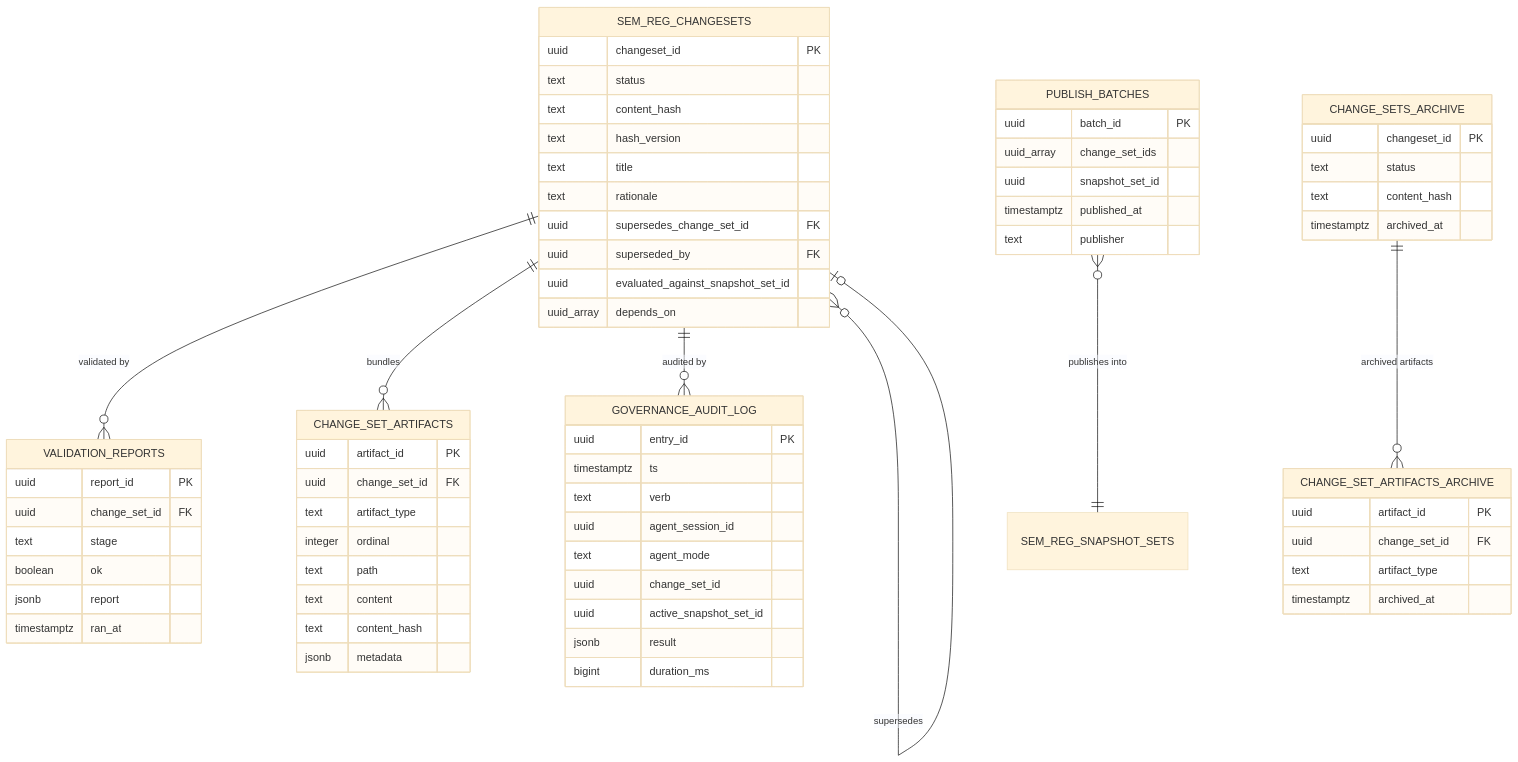
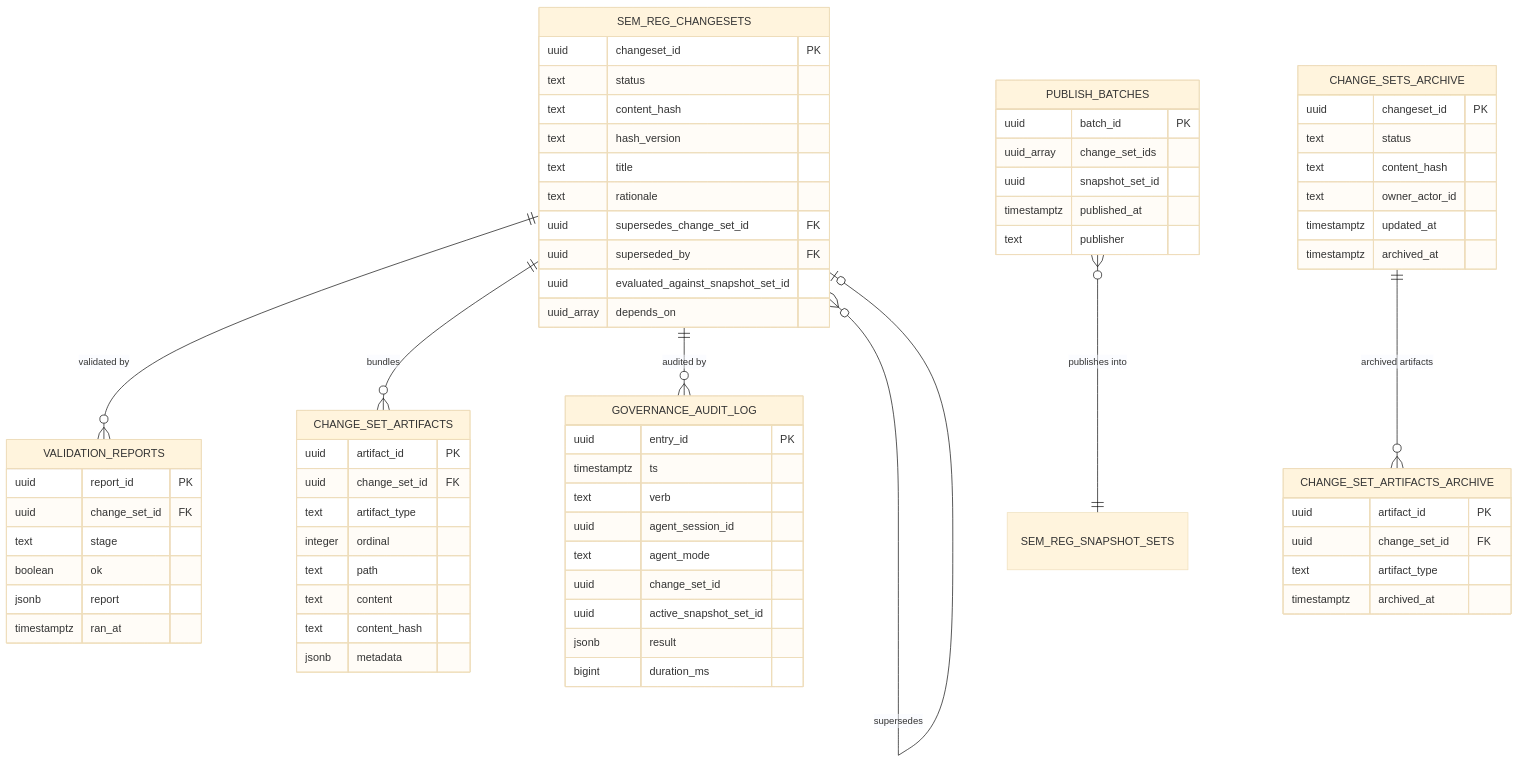
Diagram 16 of 16 in migrations/OB_POC_SCHEMA_ENTITY_OVERVIEW.md (adamtc007/ob-poc), drawn with Mermaid (base theme) before and after one commit. The commit also changed other lines of this file and 17 other files, not shown here.

````diff
--- a/migrations/OB_POC_SCHEMA_ENTITY_OVERVIEW.md
+++ b/migrations/OB_POC_SCHEMA_ENTITY_OVERVIEW.md
@@ -1865,76 +1865,78 @@
 ```mermaid
 erDiagram
     SEM_REG_CHANGESETS ||--o{ VALIDATION_REPORTS : "validated by"
     SEM_REG_CHANGESETS ||--o{ CHANGE_SET_ARTIFACTS : "bundles"
     SEM_REG_CHANGESETS ||--o{ GOVERNANCE_AUDIT_LOG : "audited by"
     SEM_REG_CHANGESETS }o--o| SEM_REG_CHANGESETS : "supersedes"
     PUBLISH_BATCHES }o--|| SEM_REG_SNAPSHOT_SETS : "publishes into"
     CHANGE_SETS_ARCHIVE ||--o{ CHANGE_SET_ARTIFACTS_ARCHIVE : "archived artifacts"
 
     SEM_REG_CHANGESETS {
         uuid changeset_id PK
         text status
         text content_hash
         text hash_version
         text title
         text rationale
         uuid supersedes_change_set_id FK
         uuid superseded_by FK
         uuid evaluated_against_snapshot_set_id
         uuid_array depends_on
     }
 
     VALIDATION_REPORTS {
         uuid report_id PK
         uuid change_set_id FK
         text stage
         boolean ok
         jsonb report
         timestamptz ran_at
     }
 
     GOVERNANCE_AUDIT_LOG {
         uuid entry_id PK
         timestamptz ts
         text verb
         uuid agent_session_id
         text agent_mode
         uuid change_set_id
         uuid active_snapshot_set_id
         jsonb result
         bigint duration_ms
     }
 
     PUBLISH_BATCHES {
         uuid batch_id PK
         uuid_array change_set_ids
         uuid snapshot_set_id
         timestamptz published_at
         text publisher
     }
 
     CHANGE_SET_ARTIFACTS {
         uuid artifact_id PK
         uuid change_set_id FK
         text artifact_type
         integer ordinal
         text path
         text content
         text content_hash
         jsonb metadata
     }
 
     CHANGE_SETS_ARCHIVE {
         uuid changeset_id PK
         text status
         text content_hash
+        text owner_actor_id
+        timestamptz updated_at
         timestamptz archived_at
     }
 
     CHANGE_SET_ARTIFACTS_ARCHIVE {
         uuid artifact_id PK
         uuid change_set_id FK
         text artifact_type
         timestamptz archived_at
     }
 ```
````
